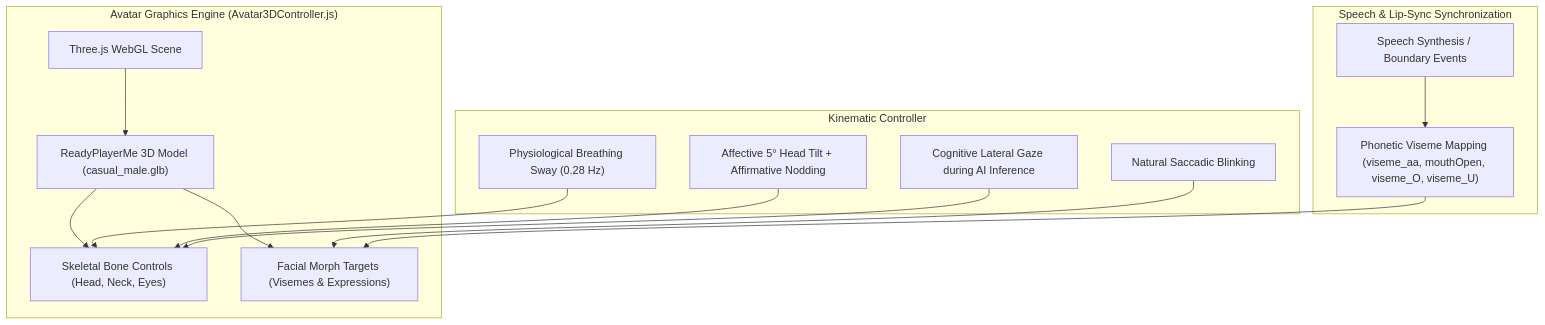
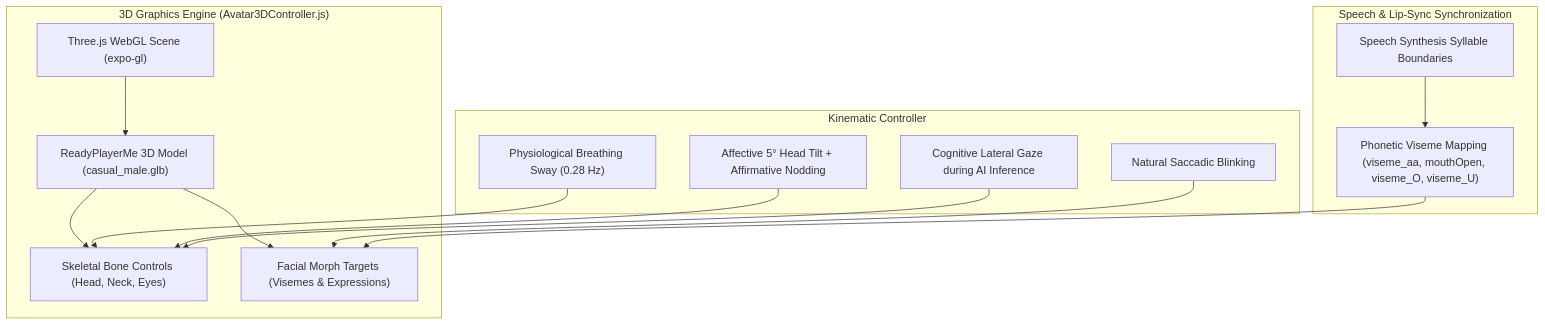
One commit to Ganga9115/Mansakha changed the sixth of 7 diagrams in Mansakha/README.md. Above: the diagram before and after it, drawn with Mermaid. The commit also changed other lines of this file, not shown here.

````diff
--- a/Mansakha/README.md
+++ b/Mansakha/README.md
@@ -235,32 +278,32 @@
 ```mermaid
 graph TD
-    subgraph "Avatar Graphics Engine (Avatar3DController.js)"
-        ThreeJS["Three.js WebGL Scene"]
+    subgraph "3D Graphics Engine (Avatar3DController.js)"
+        ThreeJS["Three.js WebGL Scene (expo-gl)"]
         GLTF["ReadyPlayerMe 3D Model (casual_male.glb)"]
         Bones["Skeletal Bone Controls (Head, Neck, Eyes)"]
         Morphs["Facial Morph Targets (Visemes & Expressions)"]
     end
 
     subgraph "Kinematic Controller"
         Breathing["Physiological Breathing Sway (0.28 Hz)"]
         Blinking["Natural Saccadic Blinking"]
         EmpathyPose["Affective 5° Head Tilt + Affirmative Nodding"]
         ThinkingPose["Cognitive Lateral Gaze during AI Inference"]
     end
 
     subgraph "Speech & Lip-Sync Synchronization"
-        TTS["Speech Synthesis / Boundary Events"]
+        TTS["Speech Synthesis Syllable Boundaries"]
         VisemeMap["Phonetic Viseme Mapping (viseme_aa, mouthOpen, viseme_O, viseme_U)"]
     end
 
     ThreeJS --> GLTF
     GLTF --> Bones
     GLTF --> Morphs
 
     Breathing --> Bones
     Blinking --> Morphs
     EmpathyPose --> Bones
     ThinkingPose --> Bones
 
     TTS --> VisemeMap --> Morphs
 ```
````
